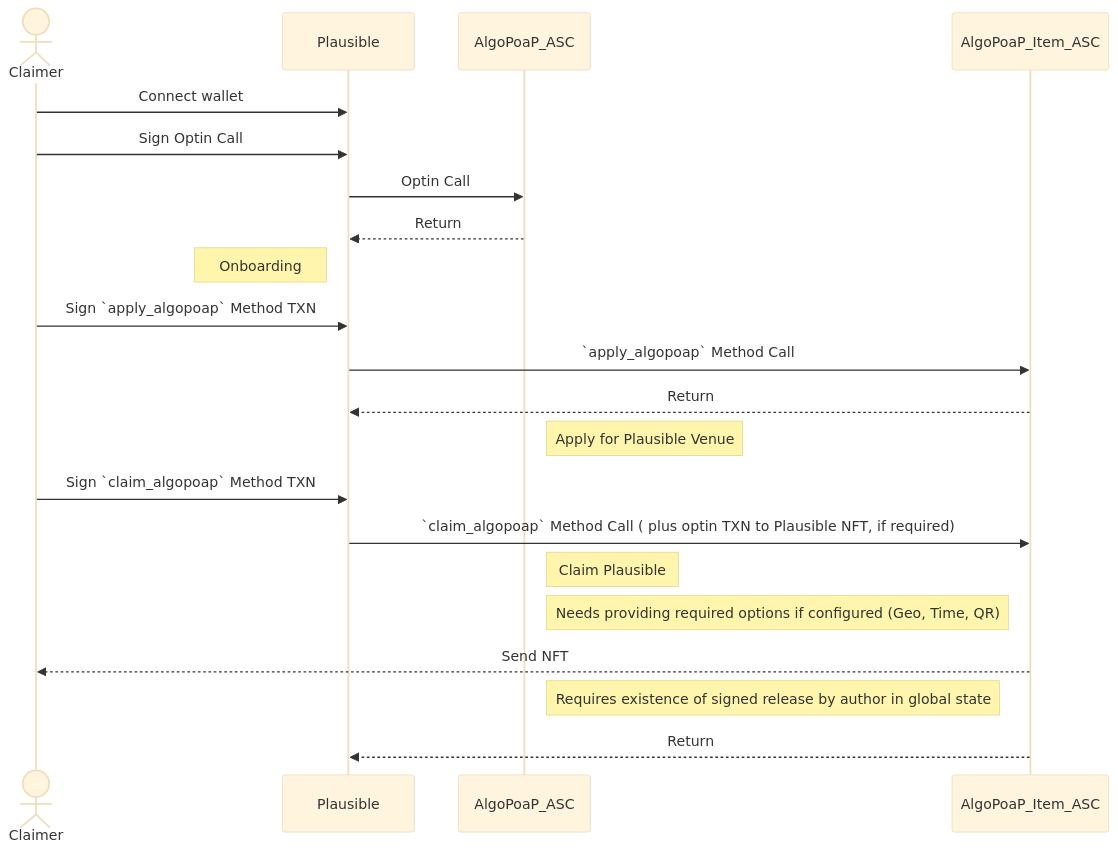
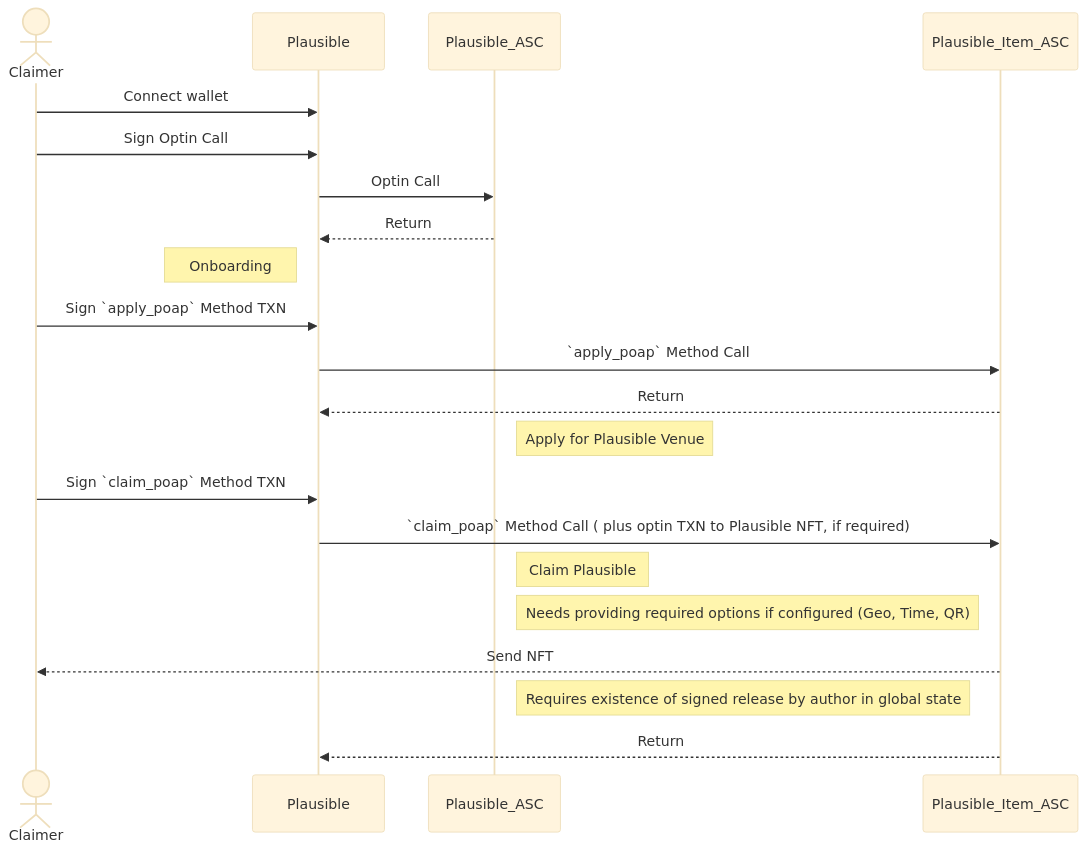
The third of 8 diagrams in profile/README.md (GoPlausible/.github), drawn with Mermaid (base theme) before and after one commit. The commit also changed other lines of this file, not shown here.

````diff
--- a/profile/README.md
+++ b/profile/README.md
@@ -169,27 +169,27 @@
 ```mermaid
 sequenceDiagram 
 actor Claimer
 participant Plausible
-participant AlgoPoaP_ASC
-participant AlgoPoaP_Item_ASC
+participant Plausible_ASC
+participant Plausible_Item_ASC
 Claimer ->> Plausible: Connect wallet
 Claimer ->> Plausible: Sign Optin Call
-Plausible ->> AlgoPoaP_ASC: Optin Call
-AlgoPoaP_ASC -->> Plausible: Return
+Plausible ->> Plausible_ASC: Optin Call
+Plausible_ASC -->> Plausible: Return
 Note left of Plausible: Onboarding
 
-Claimer ->> Plausible: Sign `apply_algopoap` Method TXN
-Plausible ->> AlgoPoaP_Item_ASC:  `apply_algopoap` Method Call
-AlgoPoaP_Item_ASC -->> Plausible: Return
-Note right of AlgoPoaP_ASC: Apply for Plausible Venue
+Claimer ->> Plausible: Sign `apply_poap` Method TXN
+Plausible ->> Plausible_Item_ASC:  `apply_poap` Method Call
+Plausible_Item_ASC -->> Plausible: Return
+Note right of Plausible_ASC: Apply for Plausible Venue
 
 
-Claimer ->> Plausible: Sign `claim_algopoap` Method TXN
-Plausible ->> AlgoPoaP_Item_ASC: `claim_algopoap` Method Call ( plus optin TXN to Plausible NFT, if required)
-Note right of AlgoPoaP_ASC: Claim Plausible
-Note right of AlgoPoaP_ASC: Needs providing required options if configured (Geo, Time, QR)
-AlgoPoaP_Item_ASC -->> Claimer: Send NFT
-Note right of AlgoPoaP_ASC: Requires existence of signed release by author in global state
-AlgoPoaP_Item_ASC -->> Plausible: Return
+Claimer ->> Plausible: Sign `claim_poap` Method TXN
+Plausible ->> Plausible_Item_ASC: `claim_poap` Method Call ( plus optin TXN to Plausible NFT, if required)
+Note right of Plausible_ASC: Claim Plausible
+Note right of Plausible_ASC: Needs providing required options if configured (Geo, Time, QR)
+Plausible_Item_ASC -->> Claimer: Send NFT
+Note right of Plausible_ASC: Requires existence of signed release by author in global state
+Plausible_Item_ASC -->> Plausible: Return
 
 ```
````
